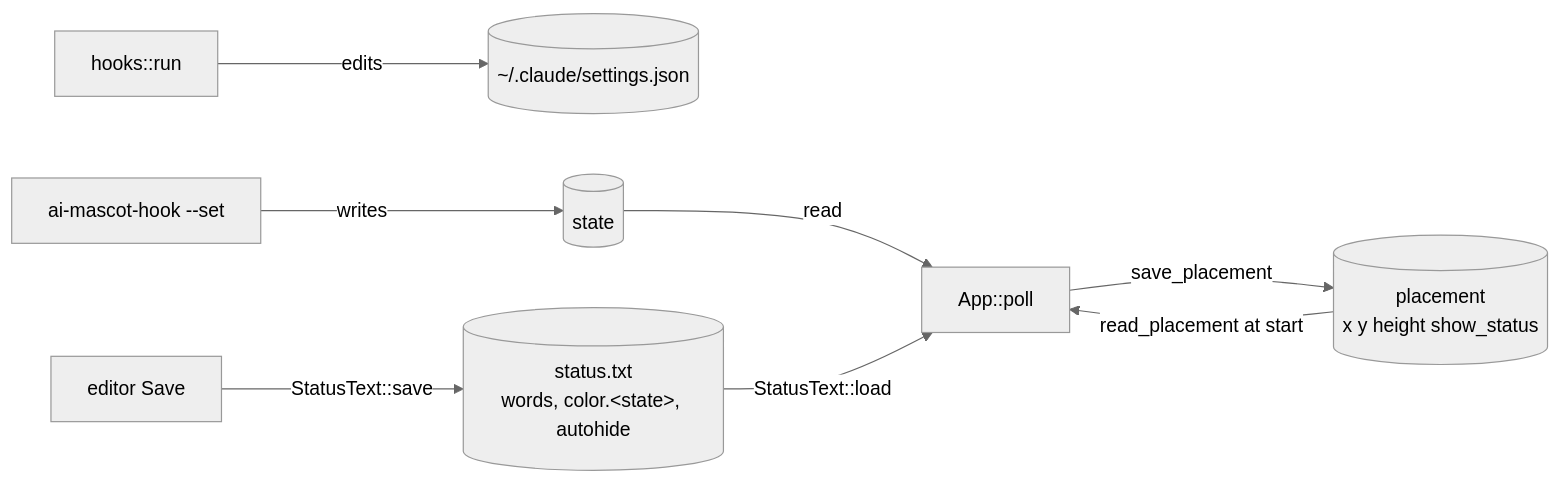
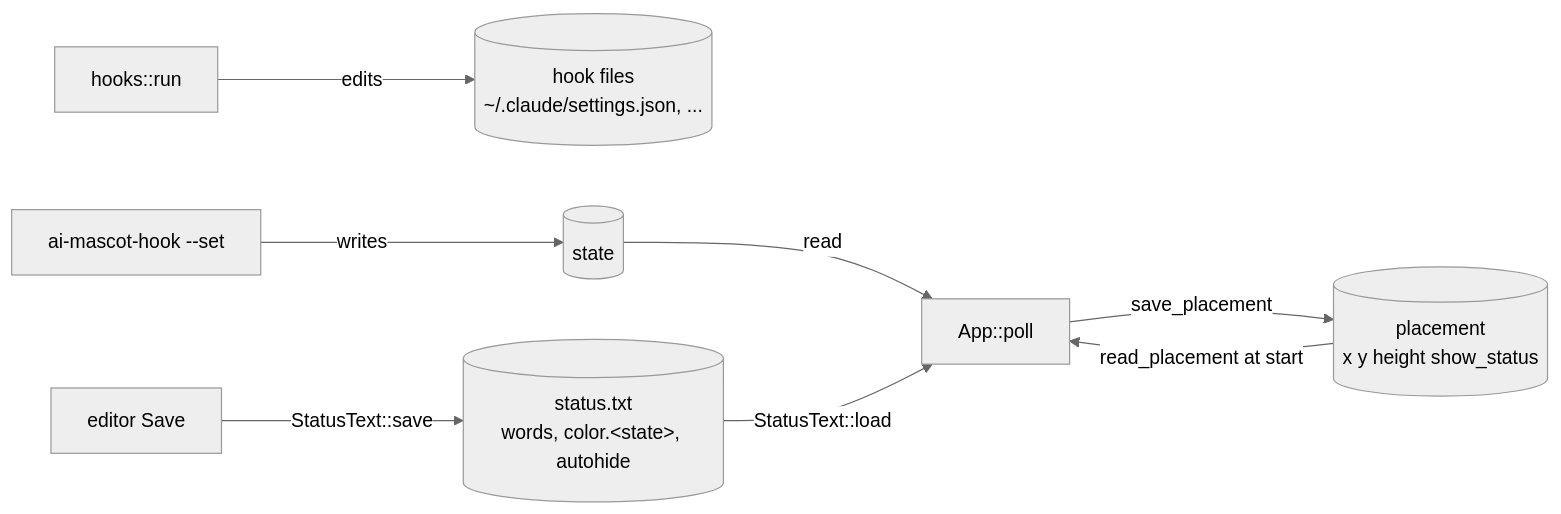
The seventh of 7 diagrams in docs/en/architecture.md (thanachaiakt/ai-mascot-hook), drawn with Mermaid (neutral theme) before and after one commit. The commit also changed other lines of this file and 13 other files, not shown here.

````diff
--- a/docs/en/architecture.md
+++ b/docs/en/architecture.md
@@ -201,10 +201,10 @@
 ```mermaid
 flowchart LR
-    hooks2["hooks::run"] -- "edits" --> settings[("~/.claude/settings.json")]
+    hooks2["hooks::run"] -- "edits" --> settings[("hook files<br/>~/.claude/settings.json, ...")]
     setcmd["ai-mascot-hook --set"] -- "writes" --> state[("state")]
     state -- "read" --> app2["App::poll"]
     app2 -- "save_placement" --> placement[("placement<br/>x y height show_status")]
     placement -- "read_placement at start" --> app2
     editor2["editor Save"] -- "StatusText::save" --> statustxt[("status.txt<br/>words, color.&lt;state&gt;, autohide")]
     statustxt -- "StatusText::load" --> app2
 ```
````
